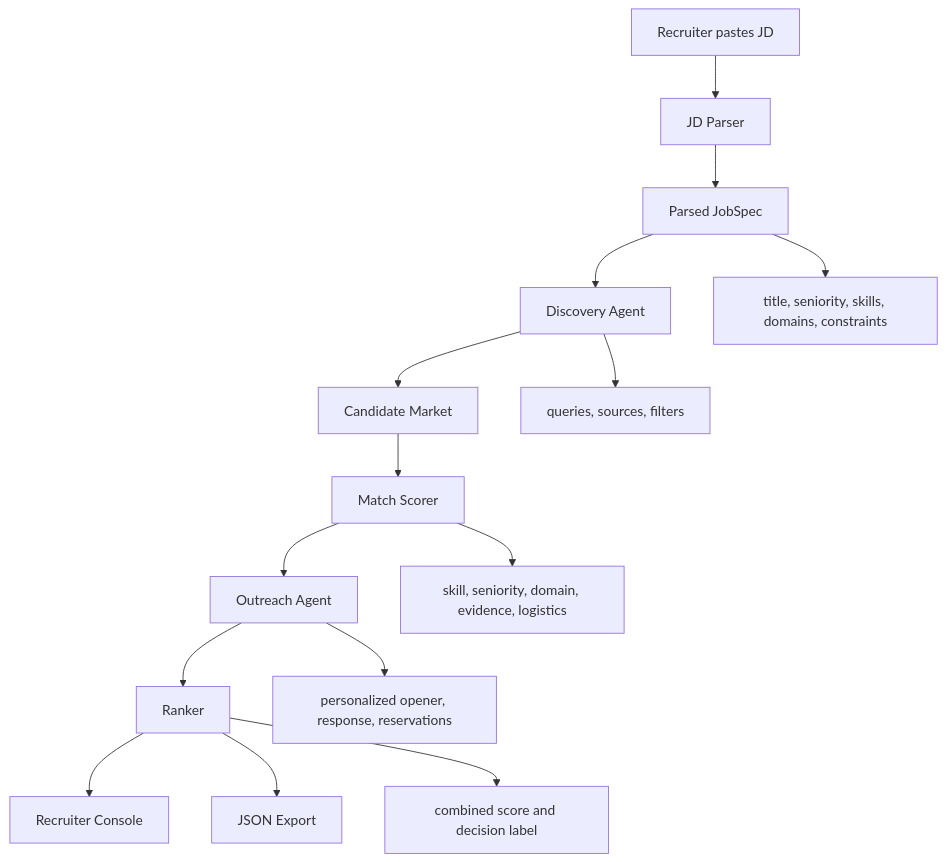
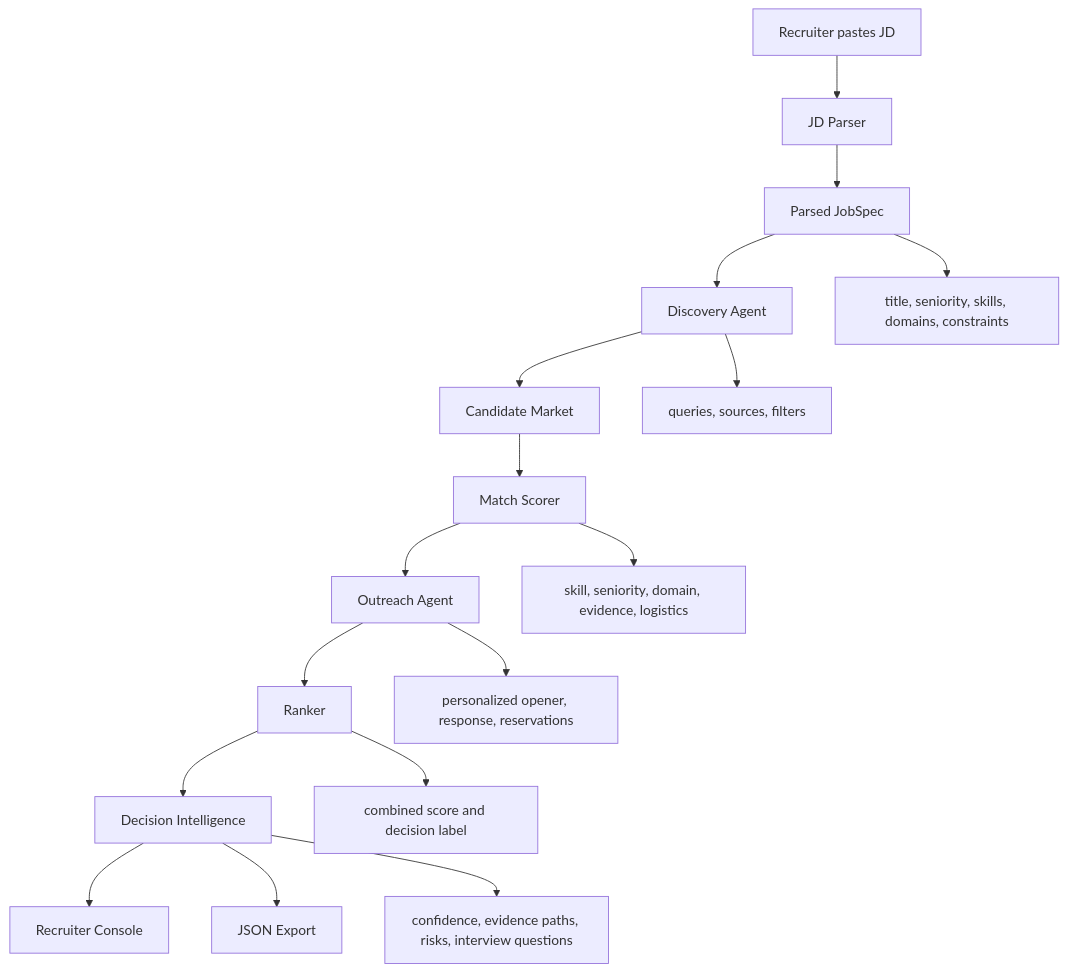
One commit to Sehaj64/catalyst-talent-agent changed the diagram in docs/architecture.md. Above: the diagram before and after it, drawn with Mermaid. The commit also changed other lines of this file and 9 other files, not shown here.

Commit message:
Add recruiter decision intelligence

````diff
--- a/docs/architecture.md
+++ b/docs/architecture.md
@@ -3,18 +3,20 @@
 ```mermaid
 flowchart TD
     A["Recruiter pastes JD"] --> B["JD Parser"]
     B --> C["Parsed JobSpec"]
     C --> D["Discovery Agent"]
     D --> E["Candidate Market"]
     E --> F["Match Scorer"]
     F --> G["Outreach Agent"]
     G --> H["Ranker"]
-    H --> I["Recruiter Console"]
-    H --> J["JSON Export"]
+    H --> I["Decision Intelligence"]
+    I --> J["Recruiter Console"]
+    I --> K["JSON Export"]
 
     C --> C1["title, seniority, skills, domains, constraints"]
     D --> D1["queries, sources, filters"]
     F --> F1["skill, seniority, domain, evidence, logistics"]
     G --> G1["personalized opener, response, reservations"]
     H --> H1["combined score and decision label"]
+    I --> I1["confidence, evidence paths, risks, interview questions"]
 ```
````
